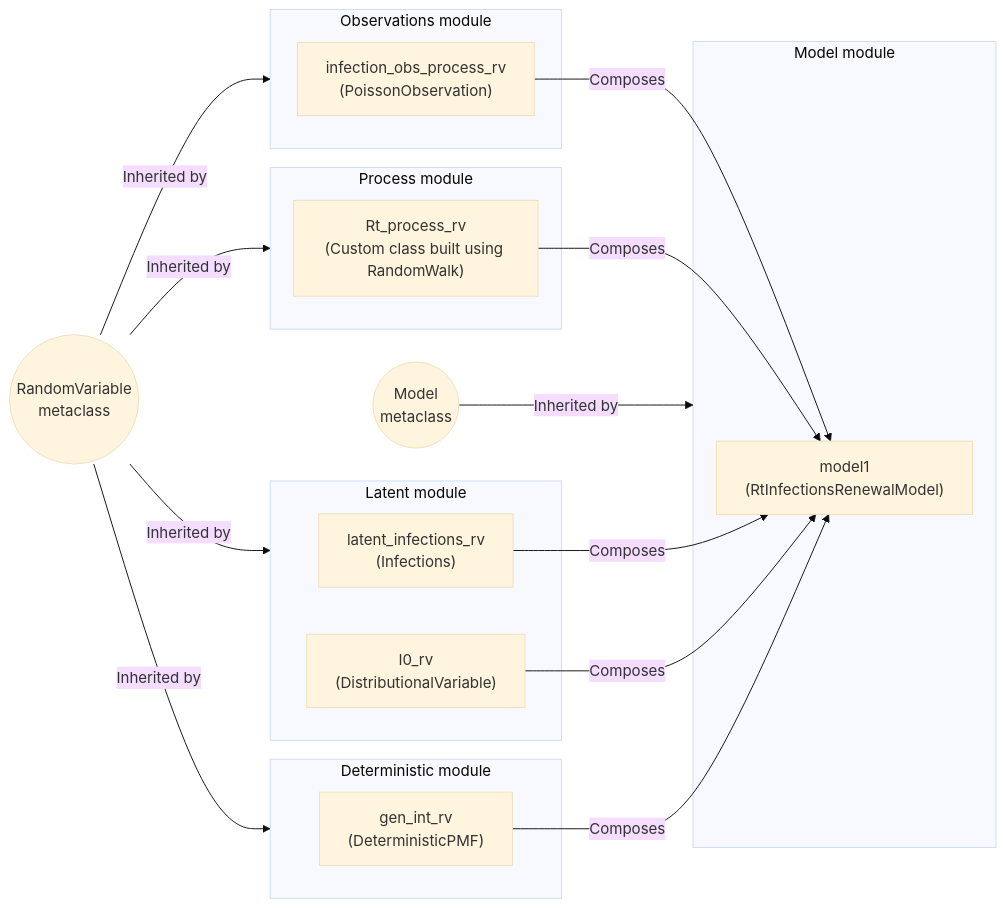
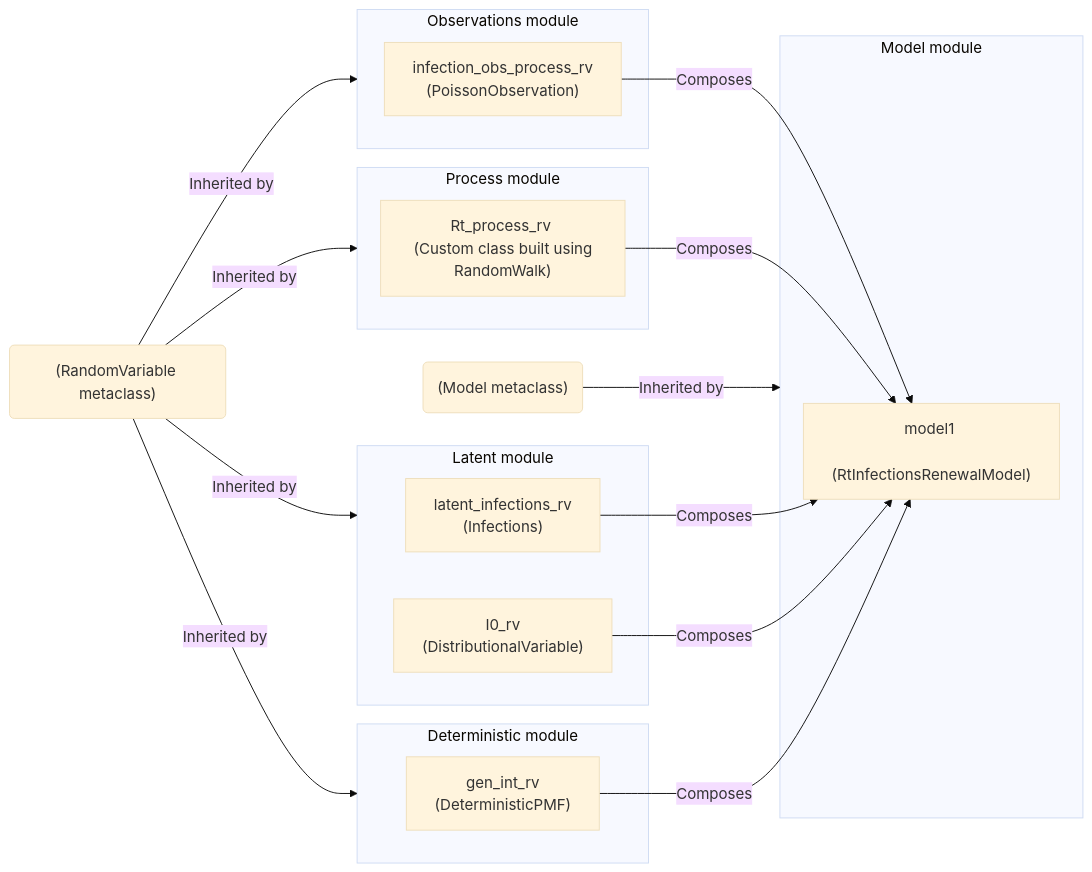
One commit to CDCgov/PyRenew changed the diagram in docs/tutorials/basic_renewal_model.qmd. Above: the diagram before and after it, drawn with Mermaid (base theme). The commit also changed other lines of this file and 7 other files, not shown here.

````diff
--- a/docs/tutorials/basic_renewal_model.qmd
+++ b/docs/tutorials/basic_renewal_model.qmd
@@ -51,38 +67,39 @@
 ```mermaid
 flowchart LR
-    rand((RandomVariable\nmetaclass))
-    models((Model\nmetaclass))
 
-    subgraph observations[Observations module]
-        obs["infection_obs_process_rv\n(PoissonObservation)"]
+    rand("(RandomVariable metaclass)")
+    models("(Model metaclass)")
+
+    subgraph observations["Observations module"]
+        obs["infection_obs_process_rv <br> (PoissonObservation)"]
     end
 
-    subgraph latent[Latent module]
-        inf["latent_infections_rv\n(Infections)"]
-        i0["I0_rv\n(DistributionalVariable)"]
+    subgraph latent["Latent module"]
+        inf["latent_infections_rv <br> (Infections)"]
+        i0["I0_rv <br> (DistributionalVariable)"]
     end
 
-    subgraph process[Process module]
-        rt["Rt_process_rv\n(Custom class built using RandomWalk)"]
+    subgraph process["Process module"]
+        rt["Rt_process_rv <br> (Custom class built using RandomWalk)"]
     end
 
-    subgraph deterministic[Deterministic module]
-        detpmf["gen_int_rv\n(DeterministicPMF)"]
+    subgraph deterministic["Deterministic module"]
+        detpmf["gen_int_rv <br> (DeterministicPMF)"]
     end
 
     subgraph model[Model module]
-        model1["model1\n(RtInfectionsRenewalModel)"]
+        model1["model1 <br> (RtInfectionsRenewalModel)"]
     end
 
     rand-->|Inherited by|observations
     rand-->|Inherited by|process
     rand-->|Inherited by|latent
     rand-->|Inherited by|deterministic
     models-->|Inherited by|model
 
     detpmf-->|Composes|model1
     i0-->|Composes|model1
     rt-->|Composes|model1
     obs-->|Composes|model1
     inf-->|Composes|model1
 ```
````
